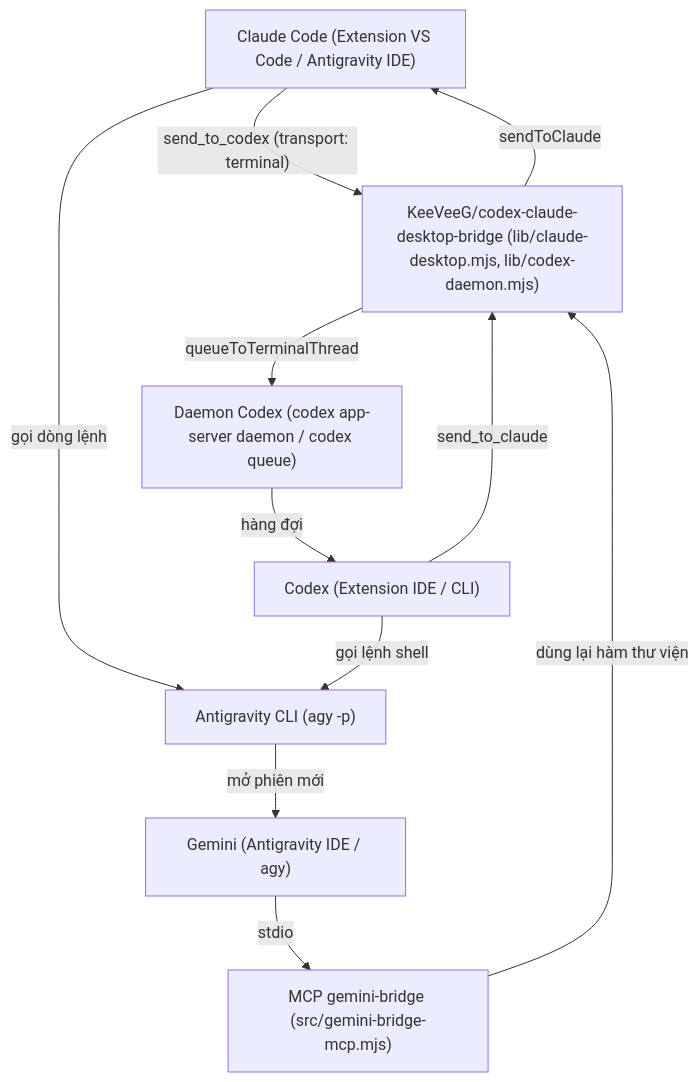
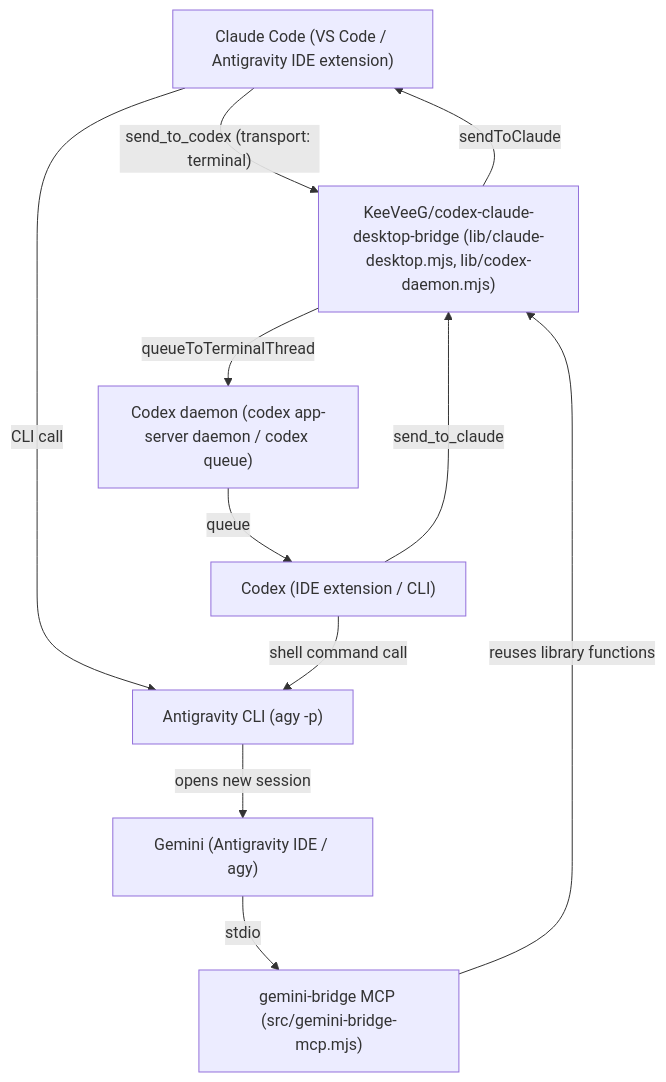
The diagram in README.md (XXLC/claude-codex-gemini-bridge), drawn with Mermaid before and after one commit. The commit also changed other lines of this file and 1 other file, not shown here.

````diff
--- a/README.md
+++ b/README.md
@@ -29,21 +33,21 @@
 ```mermaid
 flowchart TB
-    Claude["Claude Code (Extension VS Code / Antigravity IDE)"]
-    Codex["Codex (Extension IDE / CLI)"]
+    Claude["Claude Code (VS Code / Antigravity IDE extension)"]
+    Codex["Codex (IDE extension / CLI)"]
     GeminiIDE["Gemini (Antigravity IDE / agy)"]
     Bridge["KeeVeeG/codex-claude-desktop-bridge (lib/claude-desktop.mjs, lib/codex-daemon.mjs)"]
-    Daemon["Daemon Codex (codex app-server daemon / codex queue)"]
-    MCP["MCP gemini-bridge (src/gemini-bridge-mcp.mjs)"]
+    Daemon["Codex daemon (codex app-server daemon / codex queue)"]
+    MCP["gemini-bridge MCP (src/gemini-bridge-mcp.mjs)"]
     Agy["Antigravity CLI (agy -p)"]
 
     Claude -- "send_to_codex (transport: terminal)" --> Bridge
     Bridge -- "queueToTerminalThread" --> Daemon
-    Daemon -- "hàng đợi" --> Codex
+    Daemon -- "queue" --> Codex
     Codex -- "send_to_claude" --> Bridge
     Bridge -- "sendToClaude" --> Claude
     GeminiIDE -- "stdio" --> MCP
-    MCP -- "dùng lại hàm thư viện" --> Bridge
-    Claude -- "gọi dòng lệnh" --> Agy
-    Codex -- "gọi lệnh shell" --> Agy
-    Agy -- "mở phiên mới" --> GeminiIDE
+    MCP -- "reuses library functions" --> Bridge
+    Claude -- "CLI call" --> Agy
+    Codex -- "shell command call" --> Agy
+    Agy -- "opens new session" --> GeminiIDE
 ```
````
